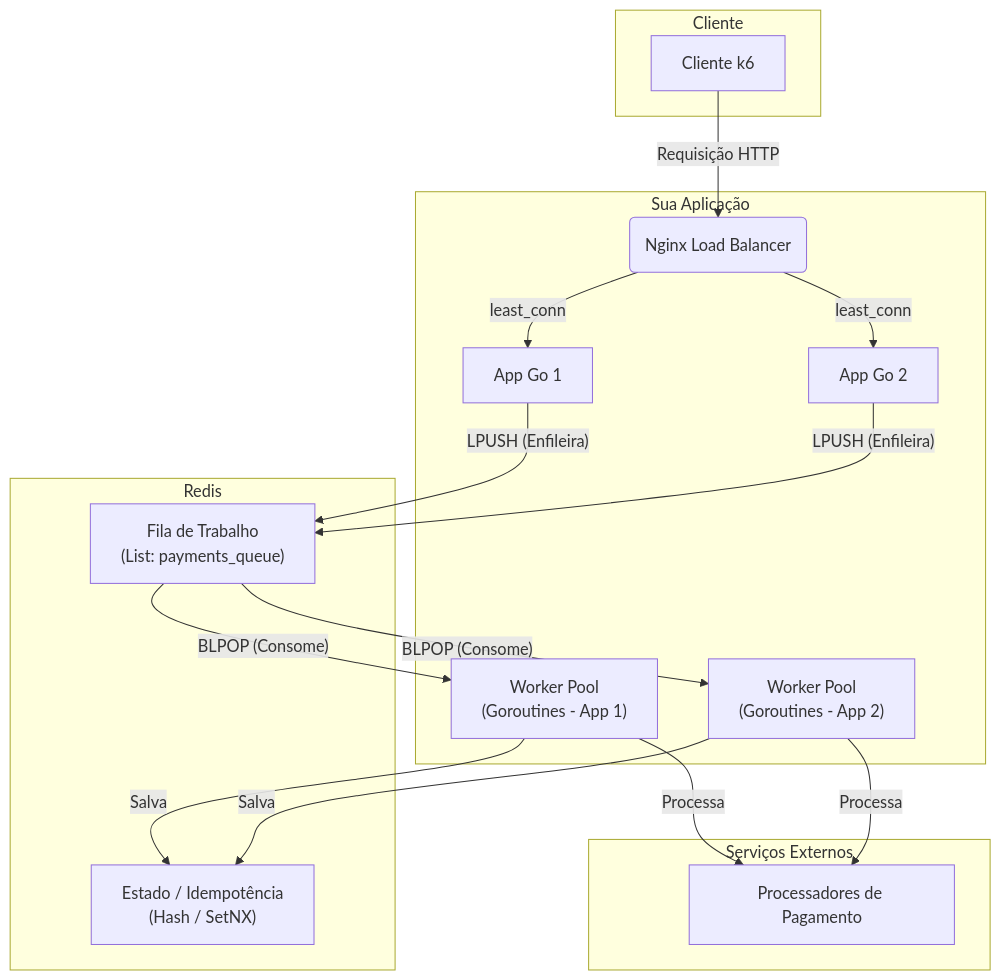
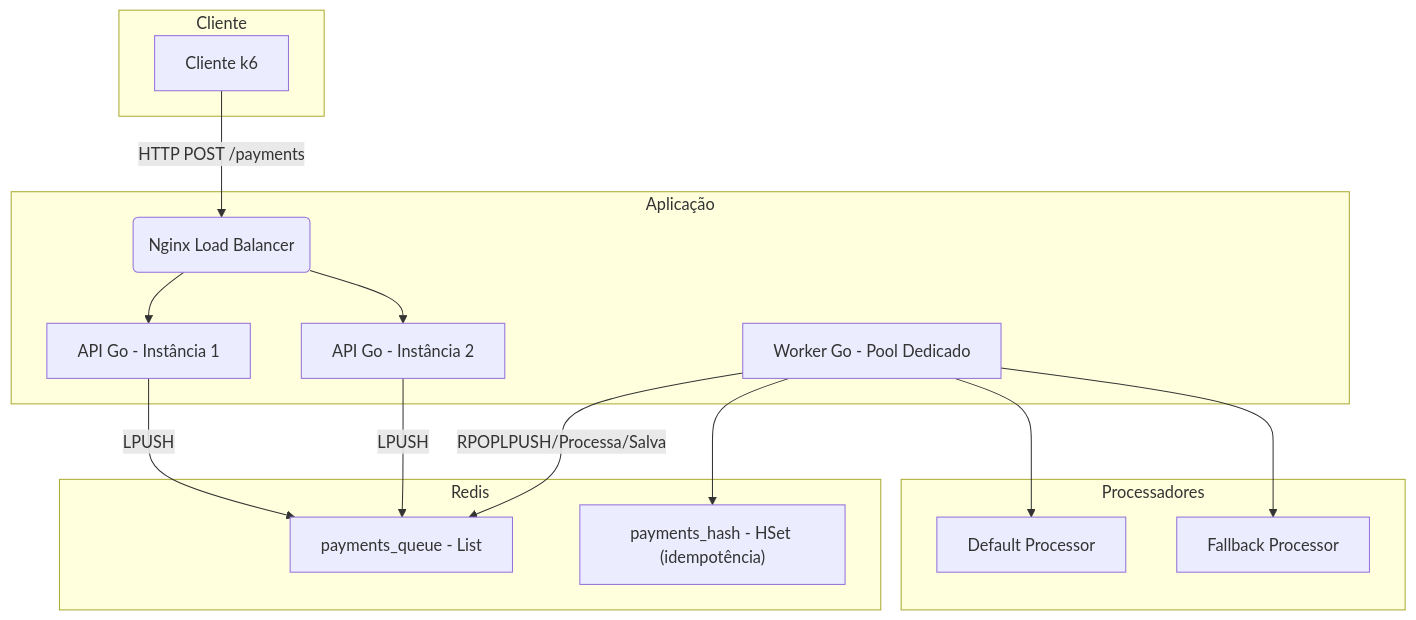
One commit to rodrigo-militao/go-rinha-backend-2025 changed the diagram in README.md. Above: the diagram before and after it, drawn with Mermaid. The commit also changed other lines of this file, not shown here.

````diff
--- a/README.md
+++ b/README.md
@@ -17,39 +9,33 @@
 ```mermaid
 graph TD
     subgraph Cliente
         A[Cliente k6]
     end
 
-    subgraph "Sua Aplicação"
+    subgraph Aplicação
         B(Nginx Load Balancer)
-        C1[App Go 1]
-        C2[App Go 2]
-        E1["Worker Pool<br/>(Goroutines - App 1)"]
-        E2["Worker Pool<br/>(Goroutines - App 2)"]
+        C1[API Go - Instância 1]
+        C2[API Go - Instância 2]
+        D[Worker Go - Pool Dedicado]
     end
 
-    subgraph "Redis"
-        D["Fila de Trabalho<br/>(List: payments_queue)"]
-        H["Estado / Idempotência<br/>(Hash / SetNX)"]
+    subgraph Redis
+        E[payments_queue - List]
+        F["payments_hash - HSet (idempotência)"]
     end
 
-    subgraph "Serviços Externos"
-        G[Processadores de Pagamento]
+    subgraph Processadores
+        G[Default Processor]
+        H[Fallback Processor]
     end
 
-    A -- Requisição HTTP --> B
-    B -- least_conn --> C1
-    B -- least_conn --> C2
-
-    C1 -- LPUSH (Enfileira) --> D
-    C2 -- LPUSH (Enfileira) --> D
-
-    D -- BLPOP (Consome) --> E1
-    D -- BLPOP (Consome) --> E2
-
-    E1 -- Processa --> G
-    E2 -- Processa --> G
-
-    E1 -- Salva --> H
-    E2 -- Salva --> H
+    A -->|HTTP POST /payments| B
+    B --> C1
+    B --> C2
+    C1 -->|LPUSH| E
+    C2 -->|LPUSH| E
+    D -->|RPOPLPUSH/Processa/Salva| E
+    D --> F
+    D --> G
+    D --> H
 ```
````
